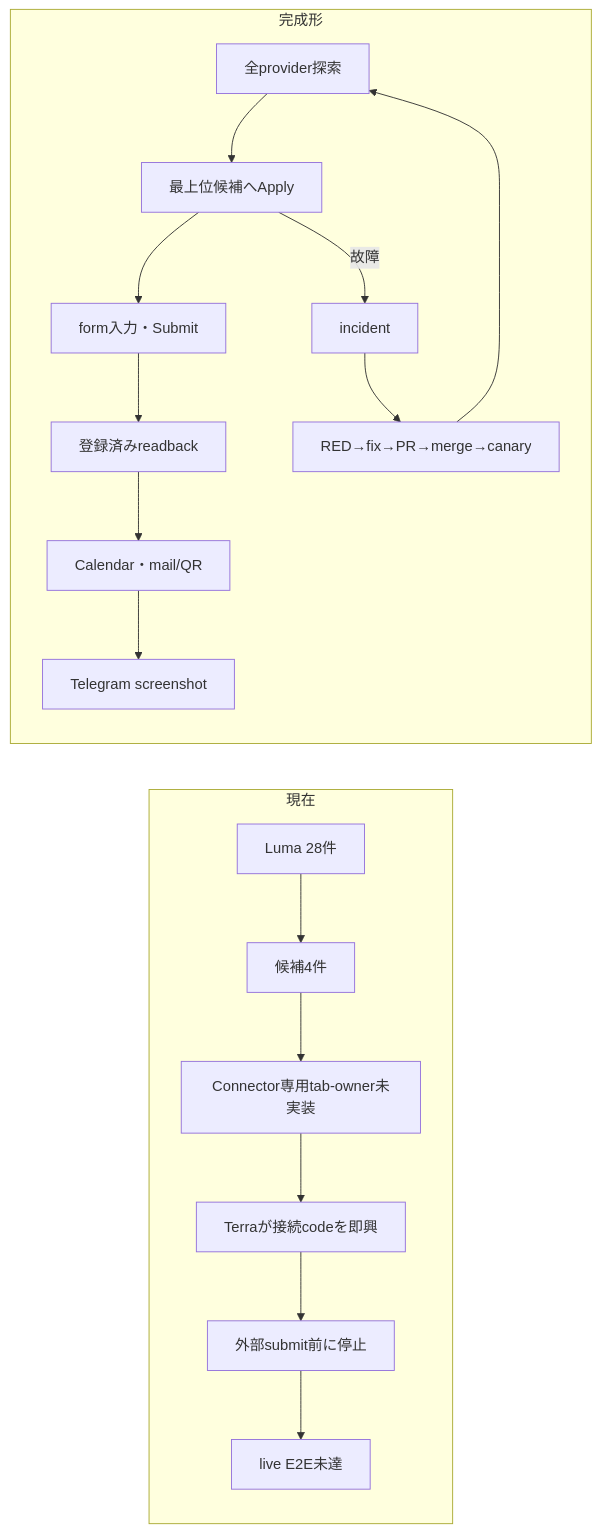
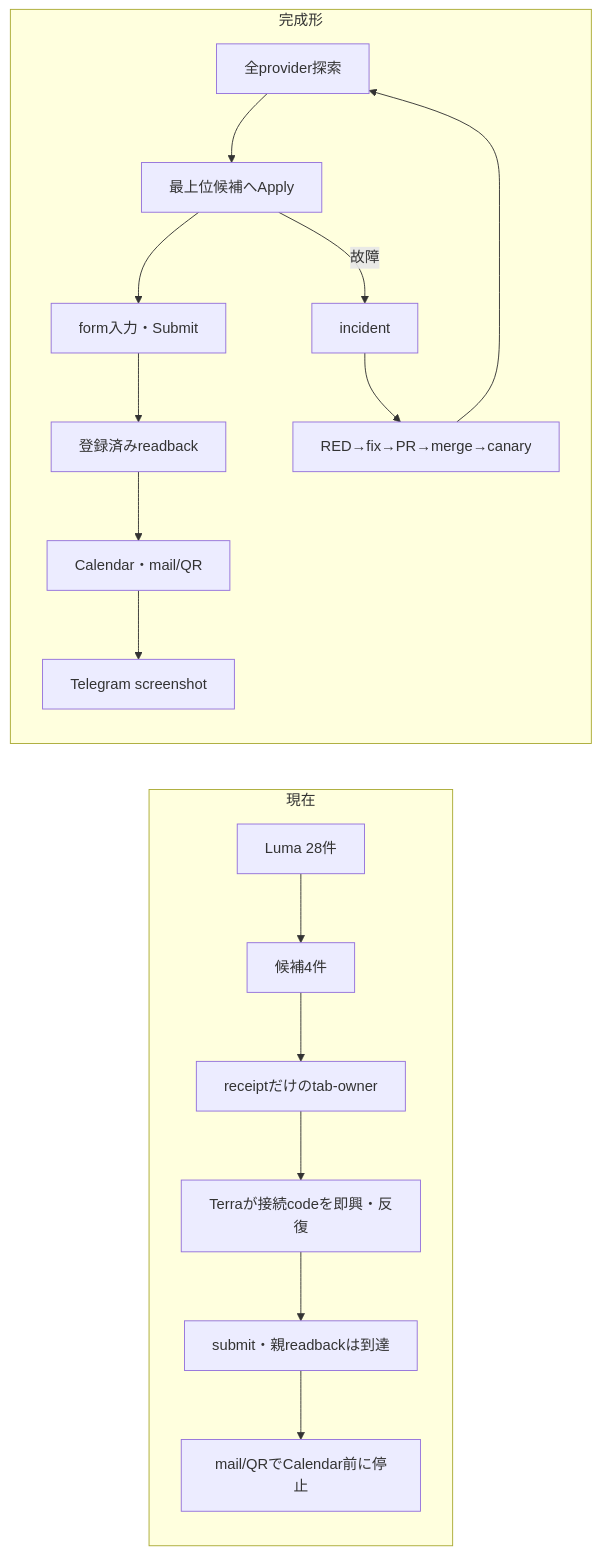
One commit to Daisuke134/anicca changed the third of 6 diagrams in docs/superpowers/specs/2026-08-01-dais-life-manager-five-phase-execution-spec.md. Above: the diagram before and after it, drawn with Mermaid. The commit also changed other lines of this file, not shown here.

````diff
--- a/docs/superpowers/specs/2026-08-01-dais-life-manager-five-phase-execution-spec.md
+++ b/docs/superpowers/specs/2026-08-01-dais-life-manager-five-phase-execution-spec.md
@@ -2802,20 +2830,20 @@
 ```mermaid
 flowchart LR
   subgraph NOW[現在]
     N1[Luma 28件] --> N2[候補4件]
-    N2 --> N3[Connector専用tab-owner未実装]
-    N3 --> N4[Terraが接続codeを即興]
-    N4 --> N5[外部submit前に停止]
-    N5 --> N6[live E2E未達]
+    N2 --> N3[receiptだけのtab-owner]
+    N3 --> N4[Terraが接続codeを即興・反復]
+    N4 --> N5[submit・親readbackは到達]
+    N5 --> N6[mail/QRでCalendar前に停止]
   end
   subgraph TARGET[完成形]
     T1[全provider探索] --> T2[最上位候補へApply]
     T2 --> T3[form入力・Submit]
     T3 --> T4[登録済みreadback]
     T4 --> T5[Calendar・mail/QR]
     T5 --> T6[Telegram screenshot]
     T2 -->|故障| T7[incident]
     T7 --> T8[RED→fix→PR→merge→canary]
     T8 --> T1
   end
 ```
````
